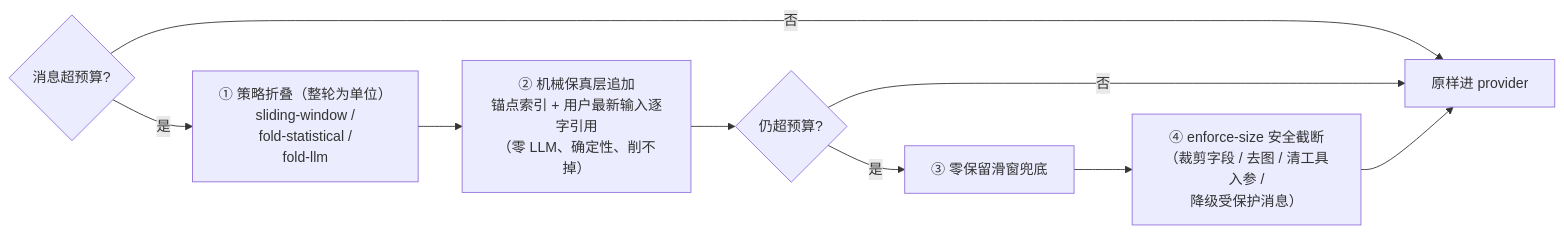
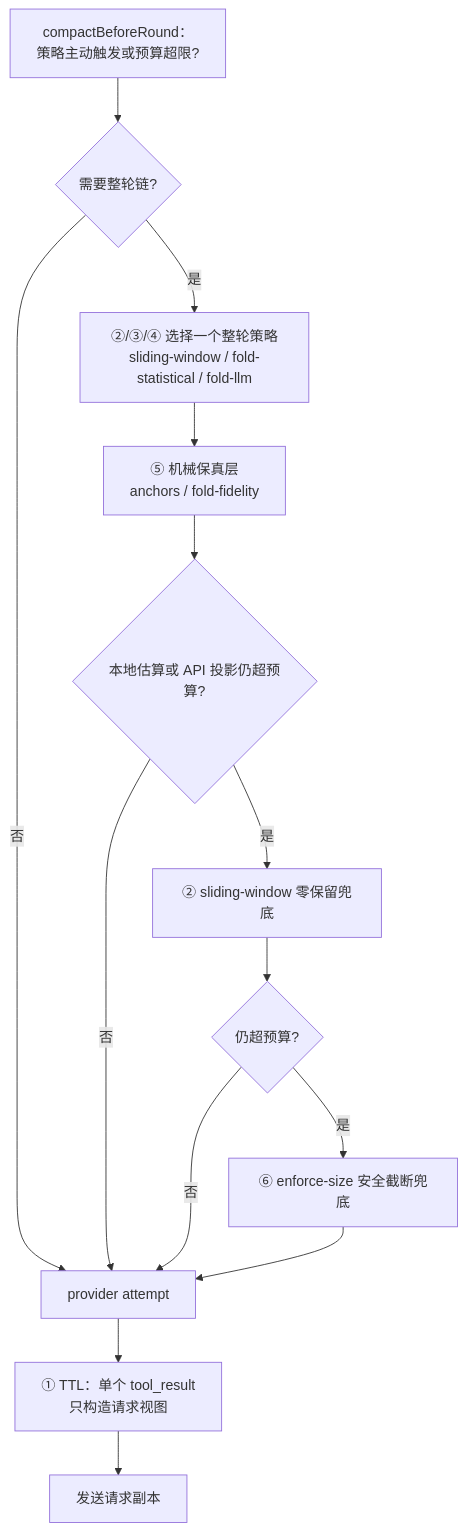
The fourth of 5 diagrams in docs/charts_cn.md (ErixWong/erix-agent), drawn with Mermaid before and after one commit. The commit also changed other lines of this file and 15 other files, not shown here.

````diff
--- a/docs/charts_cn.md
+++ b/docs/charts_cn.md
@@ -242,11 +245,16 @@
 ```mermaid
-flowchart LR
-    A{"消息超预算?"} -- 否 --> Z["原样进 provider"]
-    A -- 是 --> B["① 策略折叠（整轮为单位）<br/>sliding-window /<br/>fold-statistical /<br/>fold-llm"]
-    B --> C["② 机械保真层追加<br/>锚点索引 + 用户最新输入逐字引用<br/>（零 LLM、确定性、削不掉）"]
-    C --> D{"仍超预算?"}
-    D -- 否 --> Z
-    D -- 是 --> E["③ 零保留滑窗兜底"]
-    E --> F["④ enforce-size 安全截断<br/>（裁剪字段 / 去图 / 清工具入参 /<br/>降级受保护消息）"]
-    F --> Z
+flowchart TD
+    A["compactBeforeRound：<br/>策略主动触发或预算超限?"] --> B{"需要整轮链?"}
+    B -- 否 --> E["provider attempt"]
+    B -- 是 --> C["②/③/④ 选择一个整轮策略<br/>sliding-window / fold-statistical / fold-llm"]
+    C --> D["⑤ 机械保真层<br/>anchors / fold-fidelity"]
+    D --> F{"本地估算或 API 投影仍超预算?"}
+    F -- 否 --> E
+    F -- 是 --> G["② sliding-window 零保留兜底"]
+    G --> H{"仍超预算?"}
+    H -- 否 --> E
+    H -- 是 --> I["⑥ enforce-size 安全截断兜底"]
+    I --> E
+    E --> J["① TTL：单个 tool_result<br/>只构造请求视图"]
+    J --> Z["发送请求副本"]
 ```
````
